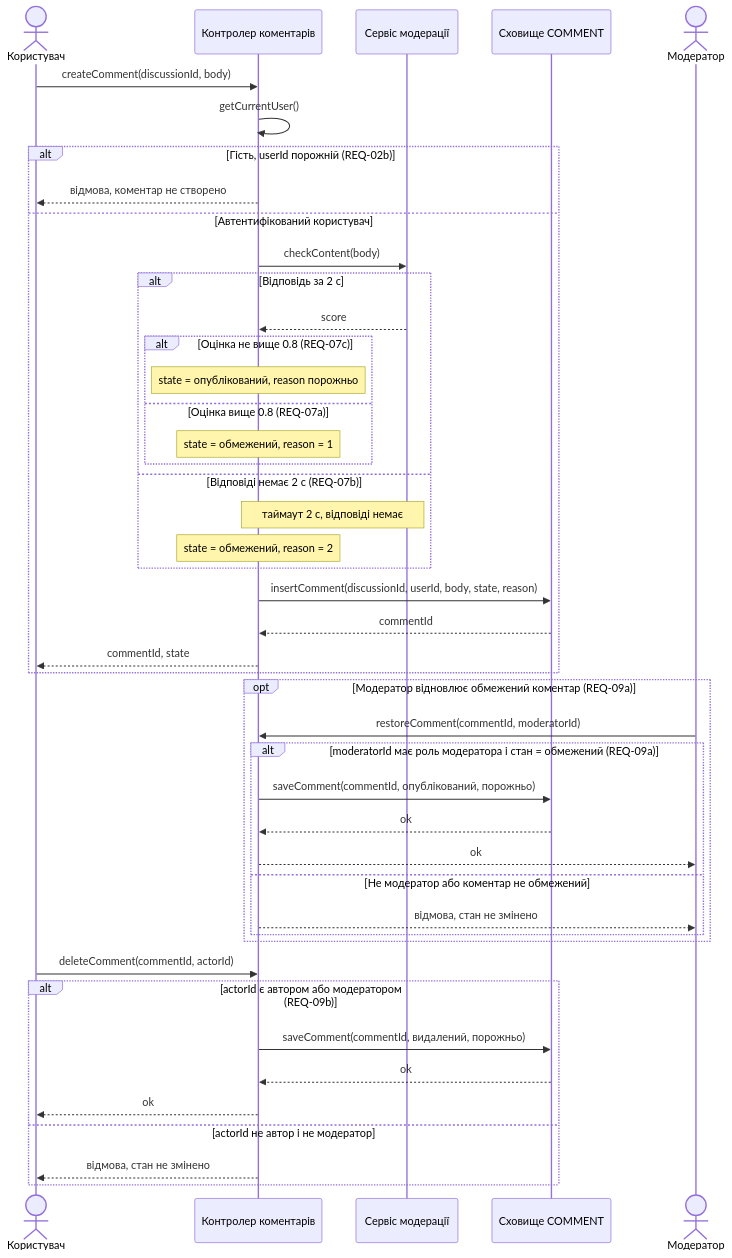
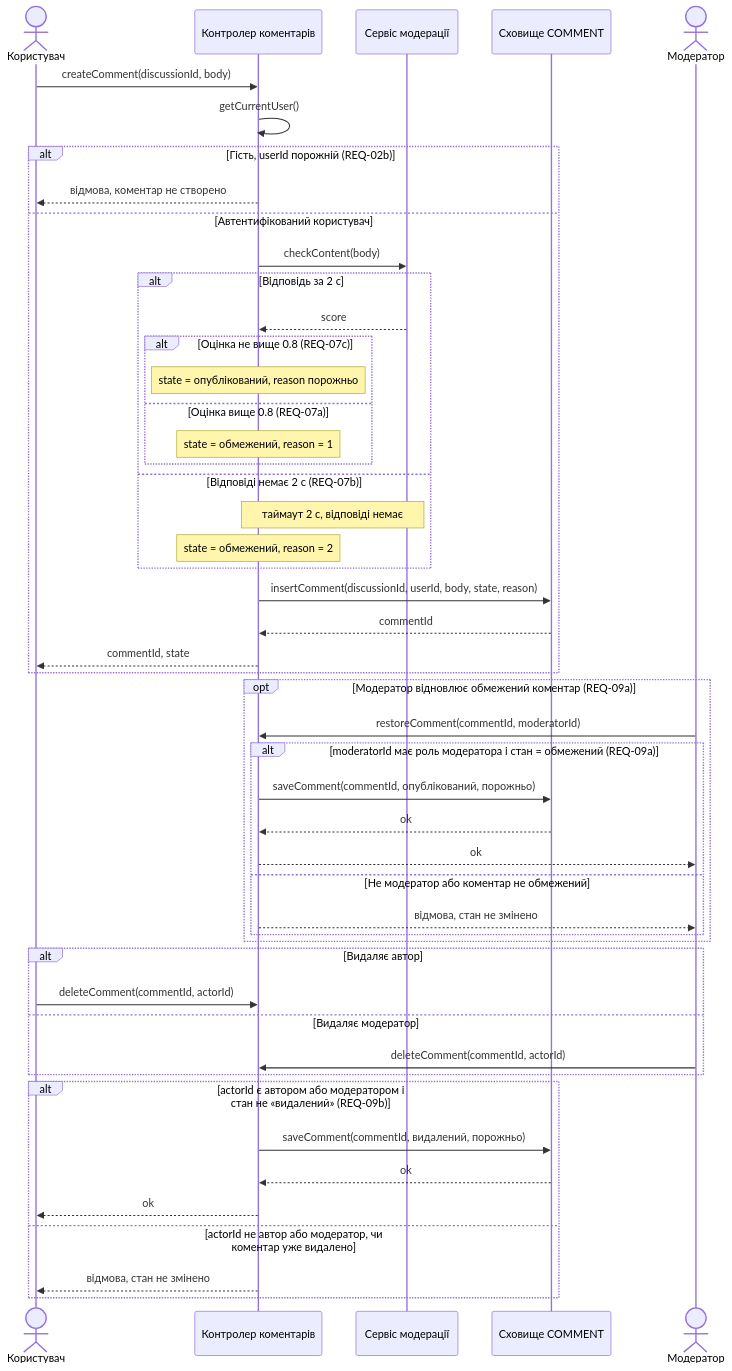
One commit to tevarindol/forum changed the diagram in lab3/sequence.mmd. Above: the diagram before and after it, drawn with Mermaid. The commit also changed 1 other file, not shown here.

Commit message:
docs(lab3): let moderator delete comments and block repeat deletes

```diff
--- a/lab3/sequence.mmd
+++ b/lab3/sequence.mmd
@@ -1,48 +1,52 @@
 sequenceDiagram
     actor U as Користувач
     participant C as Контролер коментарів
     participant MS as Сервіс модерації
     participant DB as Сховище COMMENT
     actor M as Модератор
 
     U->>C: createComment(discussionId, body)
     C->>C: getCurrentUser()
     alt Гість, userId порожній (REQ-02b)
         C-->>U: відмова, коментар не створено
     else Автентифікований користувач
         C->>MS: checkContent(body)
         alt Відповідь за 2 с
             MS-->>C: score
             alt Оцінка не вище 0.8 (REQ-07c)
                 Note over C: state = опублікований, reason порожньо
             else Оцінка вище 0.8 (REQ-07a)
                 Note over C: state = обмежений, reason = 1
             end
         else Відповіді немає 2 с (REQ-07b)
             Note over C,MS: таймаут 2 с, відповіді немає
             Note over C: state = обмежений, reason = 2
         end
         C->>DB: insertComment(discussionId, userId, body, state, reason)
         DB-->>C: commentId
         C-->>U: commentId, state
     end
 
     opt Модератор відновлює обмежений коментар (REQ-09a)
         M->>C: restoreComment(commentId, moderatorId)
         alt moderatorId має роль модератора і стан = обмежений (REQ-09a)
             C->>DB: saveComment(commentId, опублікований, порожньо)
             DB-->>C: ok
             C-->>M: ok
         else Не модератор або коментар не обмежений
             C-->>M: відмова, стан не змінено
         end
     end
 
-    U->>C: deleteComment(commentId, actorId)
-    alt actorId є автором або модератором (REQ-09b)
+    alt Видаляє автор
+        U->>C: deleteComment(commentId, actorId)
+    else Видаляє модератор
+        M->>C: deleteComment(commentId, actorId)
+    end
+    alt actorId є автором або модератором і стан не «видалений» (REQ-09b)
         C->>DB: saveComment(commentId, видалений, порожньо)
         DB-->>C: ok
         C-->>U: ok
-    else actorId не автор і не модератор
+    else actorId не автор або модератор, чи коментар уже видалено
         C-->>U: відмова, стан не змінено
     end
```
